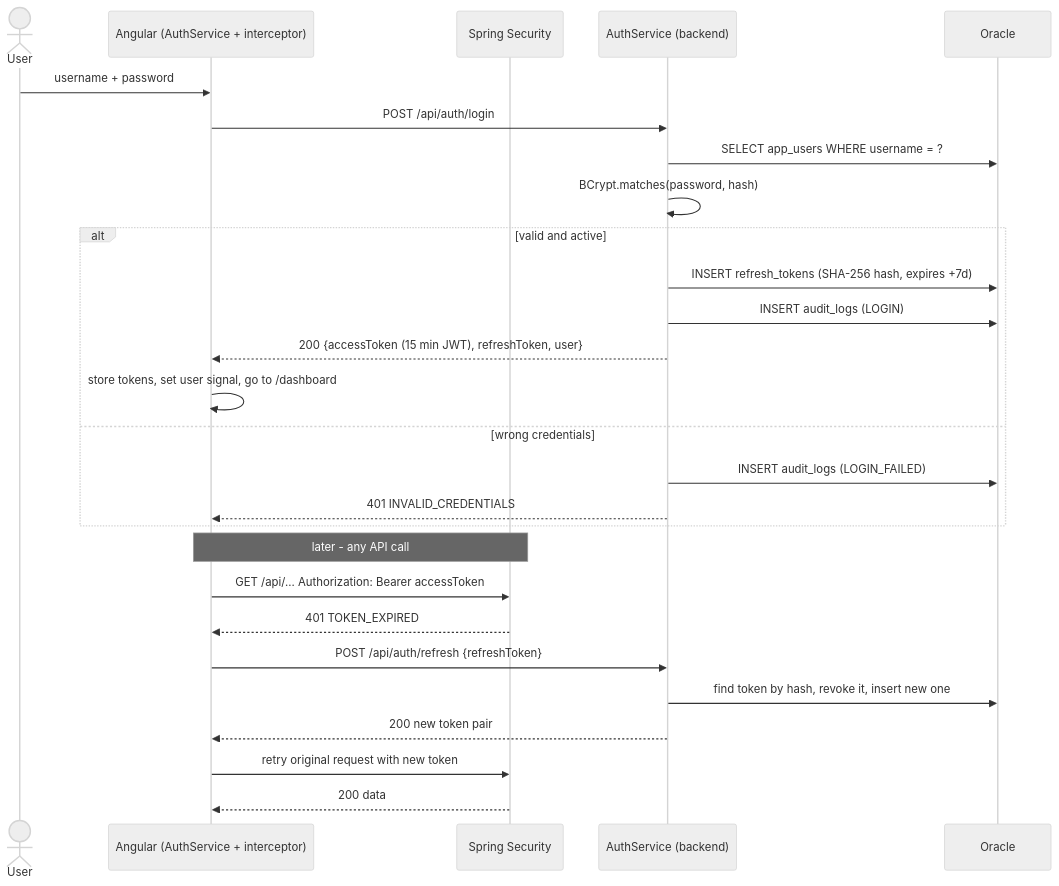
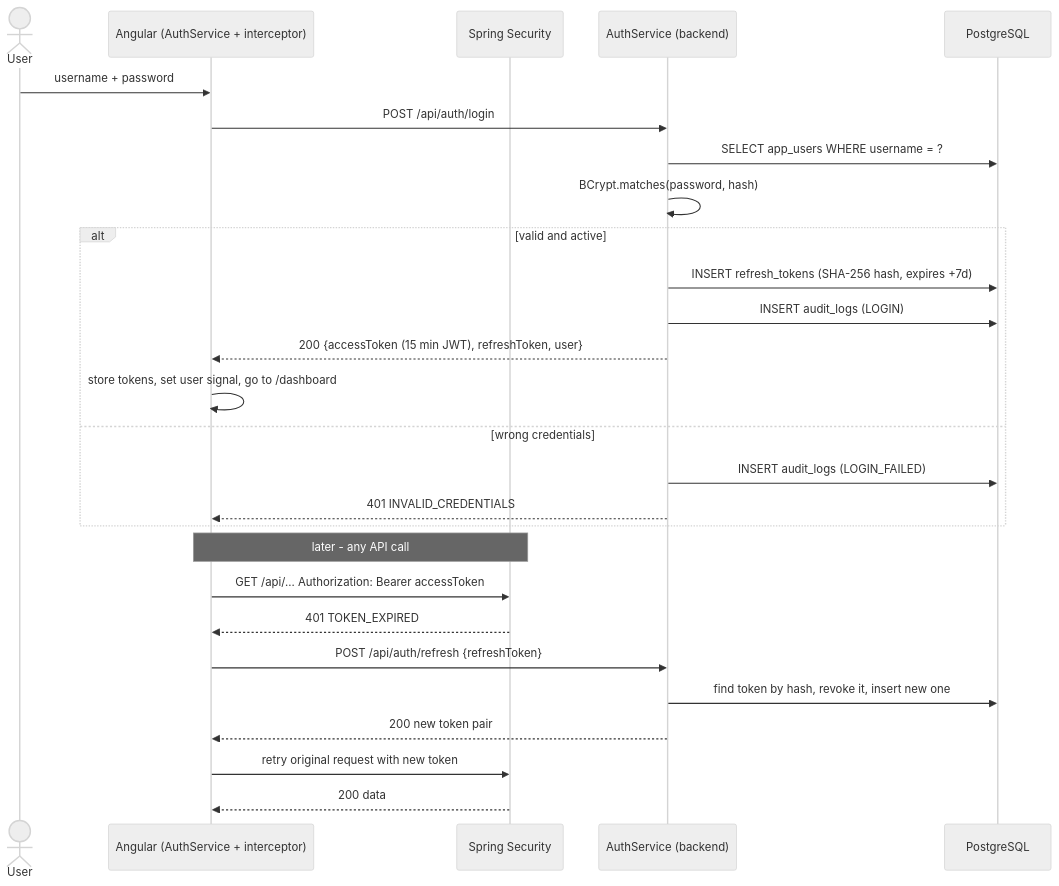
The fourth of 8 diagrams in docs/architecture.md (anandsingh1106/CareConnect-HCL-Project), drawn with Mermaid (neutral theme) before and after one commit. The commit also changed other lines of this file and 18 other files, not shown here.

Commit message:
Migrate CareConnect database to PostgreSQL

````diff
--- a/docs/architecture.md
+++ b/docs/architecture.md
@@ -235,31 +235,31 @@
 ```mermaid
 sequenceDiagram
     actor U as User
     participant A as Angular (AuthService + interceptor)
     participant S as Spring Security
     participant Auth as AuthService (backend)
-    participant DB as Oracle
+    participant DB as PostgreSQL
 
     U->>A: username + password
     A->>Auth: POST /api/auth/login
     Auth->>DB: SELECT app_users WHERE username = ?
     Auth->>Auth: BCrypt.matches(password, hash)
     alt valid and active
         Auth->>DB: INSERT refresh_tokens (SHA-256 hash, expires +7d)
         Auth->>DB: INSERT audit_logs (LOGIN)
         Auth-->>A: 200 {accessToken (15 min JWT), refreshToken, user}
         A->>A: store tokens, set user signal, go to /dashboard
     else wrong credentials
         Auth->>DB: INSERT audit_logs (LOGIN_FAILED)
         Auth-->>A: 401 INVALID_CREDENTIALS
     end
 
     Note over A,S: later - any API call
     A->>S: GET /api/... Authorization: Bearer accessToken
     S-->>A: 401 TOKEN_EXPIRED
     A->>Auth: POST /api/auth/refresh {refreshToken}
     Auth->>DB: find token by hash, revoke it, insert new one
     Auth-->>A: 200 new token pair
     A->>S: retry original request with new token
     S-->>A: 200 data
 ```
````
